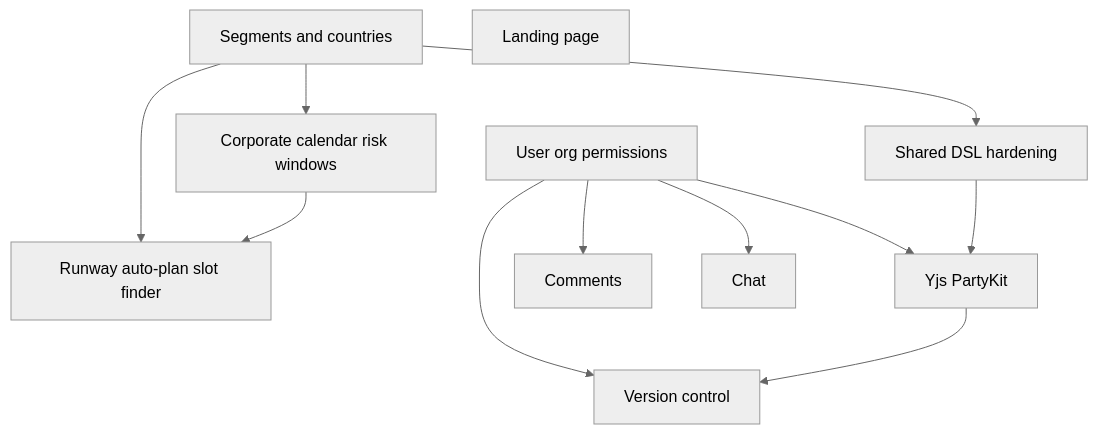
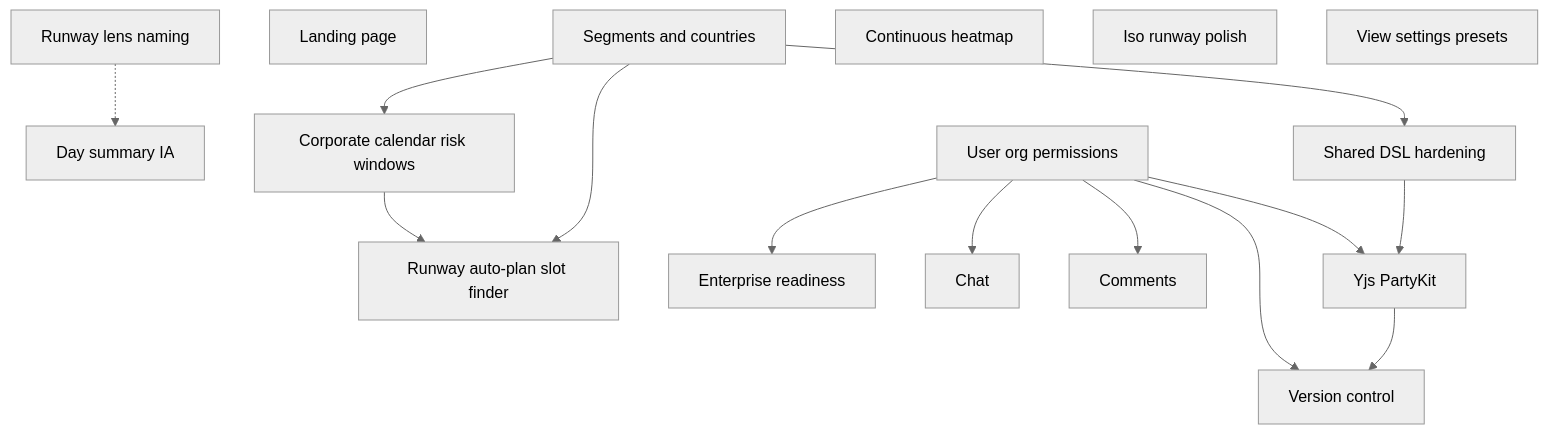
Before and after one commit to littleroboto/capacity: the diagram in docs/BACKLOG_EPICS.md, drawn with Mermaid (neutral theme). The commit also changed other lines of this file and 78 other files, not shown here.

````diff
--- a/docs/BACKLOG_EPICS.md
+++ b/docs/BACKLOG_EPICS.md
@@ -219,23 +350,31 @@
 ```mermaid
 flowchart TD
   A[Segments and countries]
   B[Landing page]
   C[Shared DSL hardening]
+  U1[Runway lens naming]
+  U2[Continuous heatmap]
+  U3[Day summary IA]
+  U4[Iso runway polish]
+  U5[View settings presets]
   P[Runway auto-plan slot finder]
   R[Corporate calendar risk windows]
   D[User org permissions]
+  Q[Enterprise readiness]
   E[Yjs PartyKit]
   F[Version control]
   G[Comments]
   H[Chat]
   A --> C
   A --> P
   A --> R
   R --> P
   D --> E
   D --> F
   D --> G
   D --> H
+  D --> Q
   E --> F
   C --> E
+  U1 -.-> U3
 ```
````
